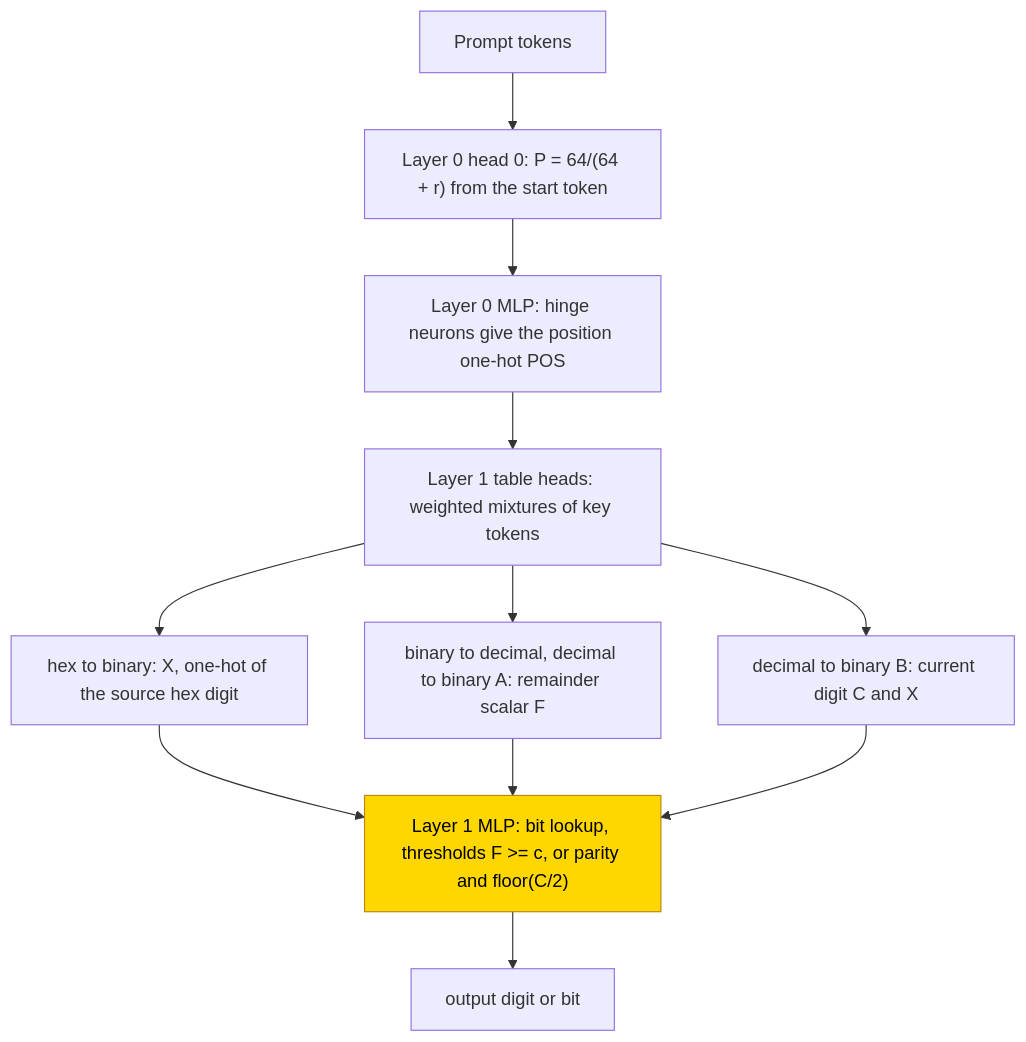
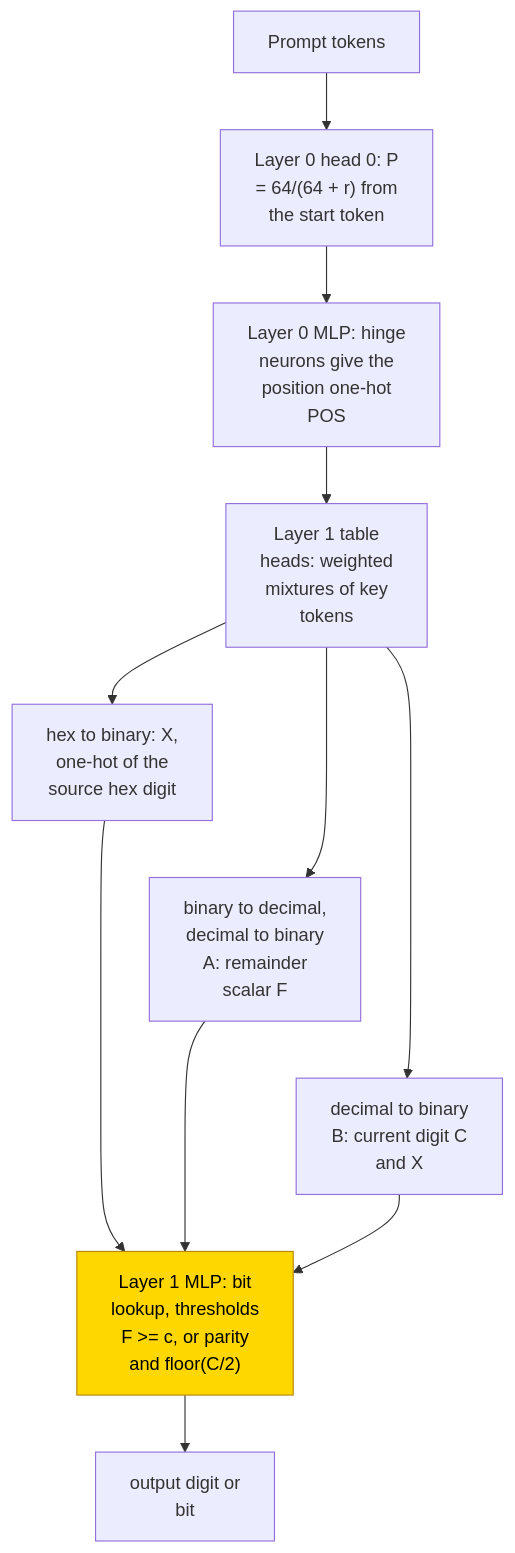
The first of 2 diagrams in entries/base-conversion.md (jc1122/mechanistic-interpretability-circuit-atlas), drawn with Mermaid before and after one commit. The commit also changed other lines of this file and 39 other files, not shown here.

````diff
--- a/entries/base-conversion.md
+++ b/entries/base-conversion.md
@@ -138,17 +138,20 @@
 ```mermaid
 flowchart TD
     accTitle: Hand-built base-conversion routes
     accDescr: A frozen position frame addresses table heads. They supply a hexadecimal digit code, a remainder, or the scratchpad digit variables to the output MLP. Only the final stage MLP is trained in PART; the other routes remain fixed.
-    T["Prompt tokens"] --> F0["Layer 0 head 0: P = 64/(64 + r) from the start token"]
-    F0 --> F1["Layer 0 MLP: hinge neurons give the position one-hot POS"]
-    F1 --> TH["Layer 1 table heads: weighted mixtures of key tokens"]
-    TH --> X["hex to binary: X, one-hot of the source hex digit"]
-    TH --> FV["binary to decimal, decimal to binary A: remainder scalar F"]
-    TH --> CX["decimal to binary B: current digit C and X"]
-    X --> M["Layer 1 MLP: bit lookup, thresholds F >= c, or parity and floor(C/2)"]
+    T["Prompt tokens"] --> F0["Layer 0 head 0: P<br/>= 64/(64 + r) from<br/>the start token"]
+    F0 --> F1["Layer 0 MLP: hinge<br/>neurons give the<br/>position one-hot<br/>POS"]
+    F1 --> TH["Layer 1 table<br/>heads: weighted<br/>mixtures of key<br/>tokens"]
+    TH --> X["hex to binary: X,<br/>one-hot of the<br/>source hex digit"]
+    TH --> FV["binary to decimal,<br/>decimal to binary<br/>A: remainder<br/>scalar F"]
+    TH --> CX["decimal to binary<br/>B: current digit C<br/>and X"]
+    X --> M["Layer 1 MLP: bit<br/>lookup, thresholds<br/>F >= c, or parity<br/>and floor(C/2)"]
     FV --> M
     CX --> M
-    M --> Y["output digit or bit"]
+    M --> Y["output digit or<br/>bit"]
     classDef trained fill:gold,stroke:darkgoldenrod,color:black
     class M trained
+    %% Invisible links constrain vertical layout only, not computation.
+    X ~~~ FV
+    FV ~~~ CX
 ```
````
